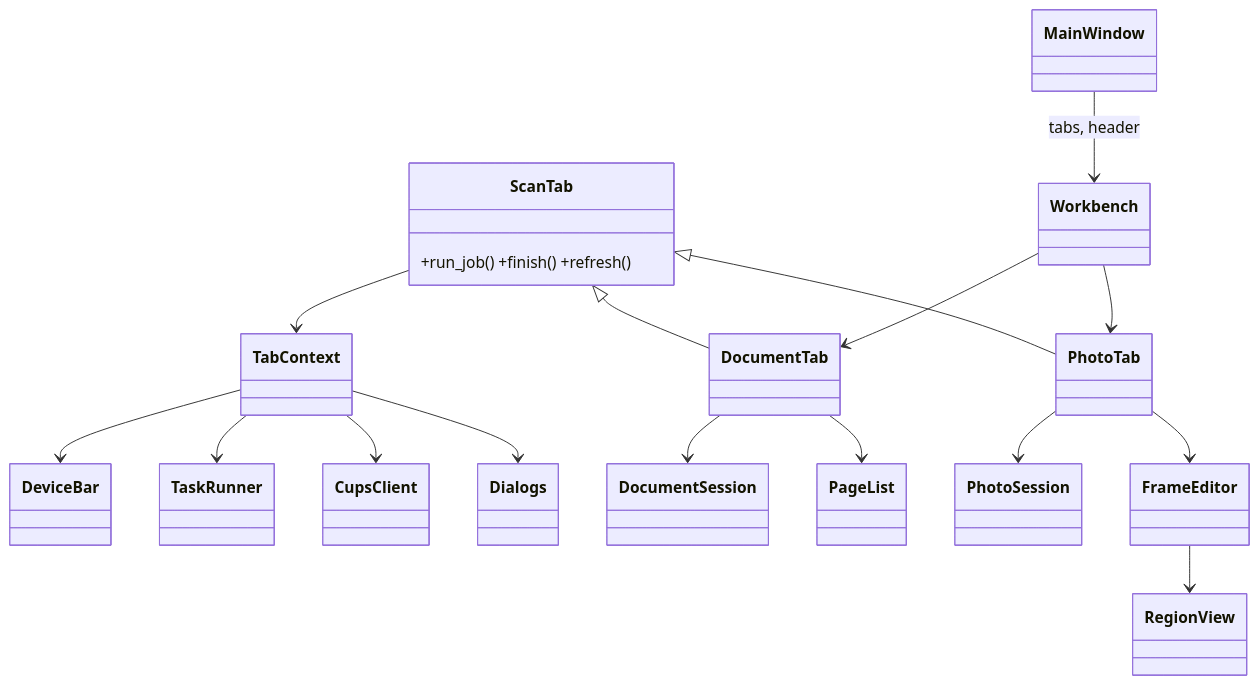
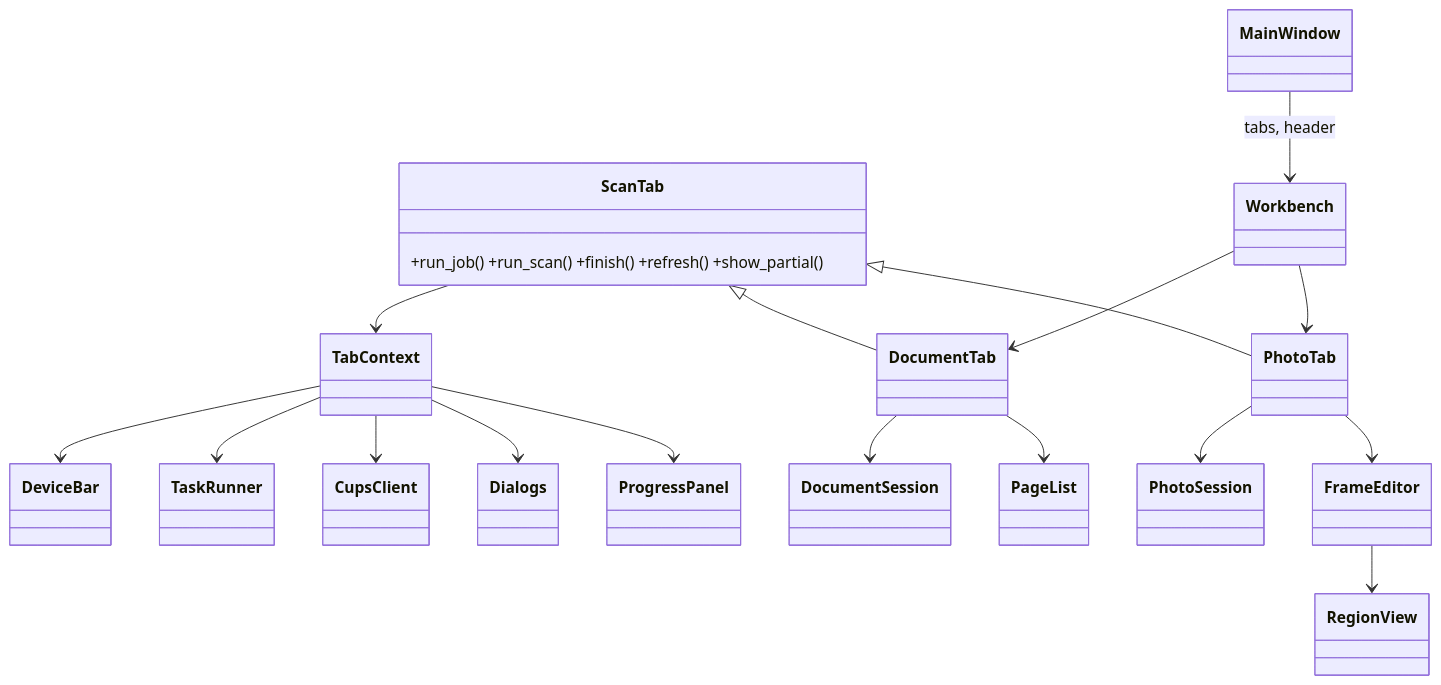
Before and after one commit to peddanet/scanbench: the diagram in docs/developer/gui.md, drawn with Mermaid. The commit also changed other lines of this file and 66 other files, not shown here.

First line of the commit message:
Separate touching photos, exact edges, preview and area scan, live progress, editor toolbar, handover; raise to 0.2.3

```diff
--- a/docs/developer/gui.md
+++ b/docs/developer/gui.md
@@ -19,19 +21,20 @@
 ~~~mermaid
 classDiagram
-  class ScanTab { +run_job() +finish() +refresh() }
+  class ScanTab { +run_job() +run_scan() +finish() +refresh() +show_partial() }
   ScanTab <|-- DocumentTab
   ScanTab <|-- PhotoTab
   ScanTab --> TabContext
   TabContext --> DeviceBar
   TabContext --> TaskRunner
   TabContext --> CupsClient
   TabContext --> Dialogs
+  TabContext --> ProgressPanel
   DocumentTab --> DocumentSession
   DocumentTab --> PageList
   PhotoTab --> PhotoSession
   PhotoTab --> FrameEditor
   FrameEditor --> RegionView
   Workbench --> DocumentTab
   Workbench --> PhotoTab
   MainWindow --> Workbench : tabs, header
 ~~~
```
